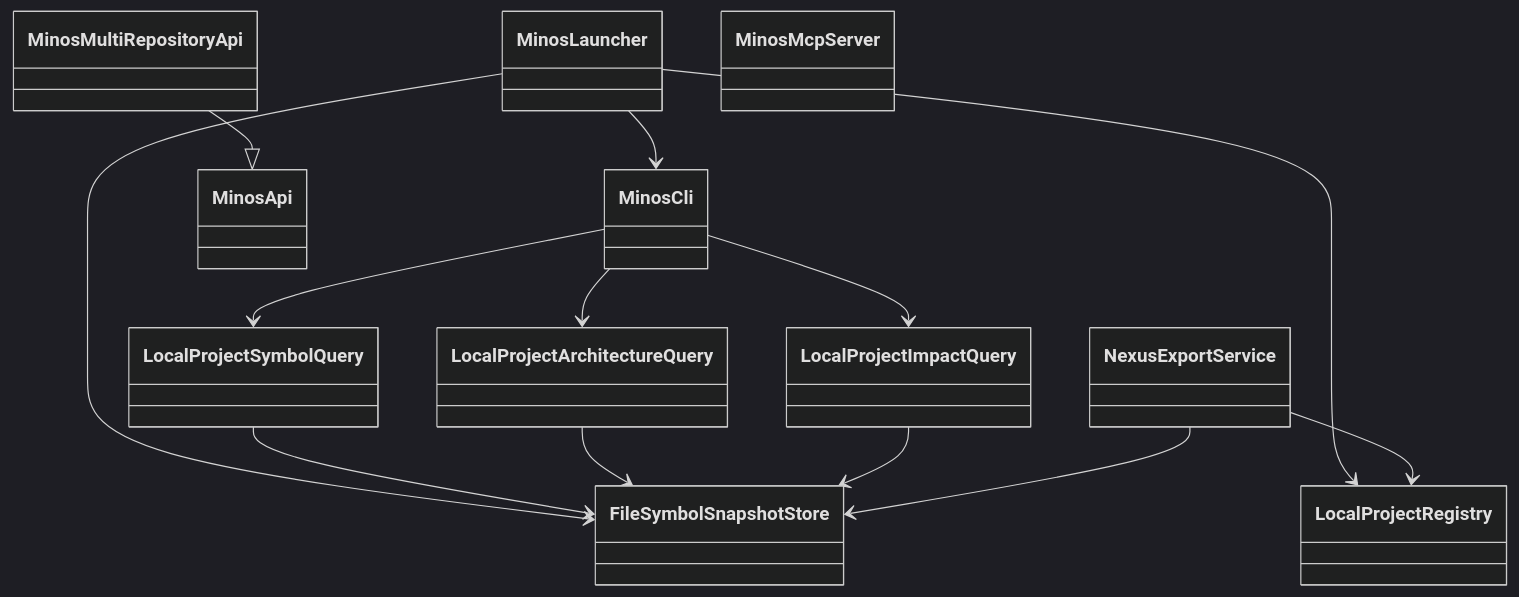
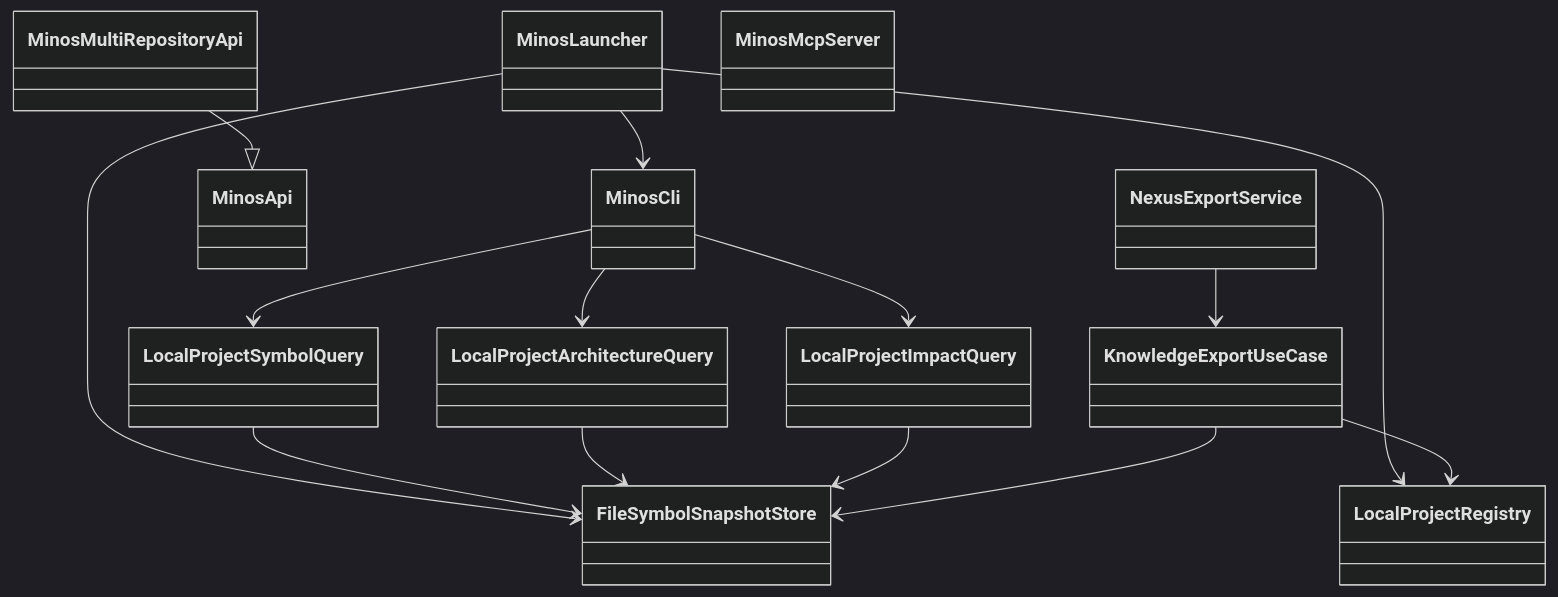
The first of 3 diagrams in docs/developer/architecture.md (FTurleque/minos-code-intelligence), drawn with Mermaid (dark theme) before and after one commit. The commit also changed 5 other files, not shown here.

First line of the commit message:
docs(architecture): consigner le lot 5 d'AUD-ARC-01 résorbé

````diff
--- a/docs/developer/architecture.md
+++ b/docs/developer/architecture.md
@@ -7,27 +7,29 @@
 ```mermaid
 classDiagram
     class MinosLauncher
     class MinosCli
     class LocalProjectRegistry
     class FileSymbolSnapshotStore
     class LocalProjectSymbolQuery
     class LocalProjectArchitectureQuery
     class LocalProjectImpactQuery
     class MinosApi
     class MinosMultiRepositoryApi
     class MinosMcpServer
     class NexusExportService
+    class KnowledgeExportUseCase
 
     MinosLauncher --> MinosCli
     MinosLauncher --> LocalProjectRegistry
     MinosLauncher --> FileSymbolSnapshotStore
     MinosCli --> LocalProjectSymbolQuery
     MinosCli --> LocalProjectArchitectureQuery
     MinosCli --> LocalProjectImpactQuery
     LocalProjectSymbolQuery --> FileSymbolSnapshotStore
     LocalProjectArchitectureQuery --> FileSymbolSnapshotStore
     LocalProjectImpactQuery --> FileSymbolSnapshotStore
     MinosMultiRepositoryApi --|> MinosApi
-    NexusExportService --> LocalProjectRegistry
-    NexusExportService --> FileSymbolSnapshotStore
+    NexusExportService --> KnowledgeExportUseCase
+    KnowledgeExportUseCase --> LocalProjectRegistry
+    KnowledgeExportUseCase --> FileSymbolSnapshotStore
 ```
````
